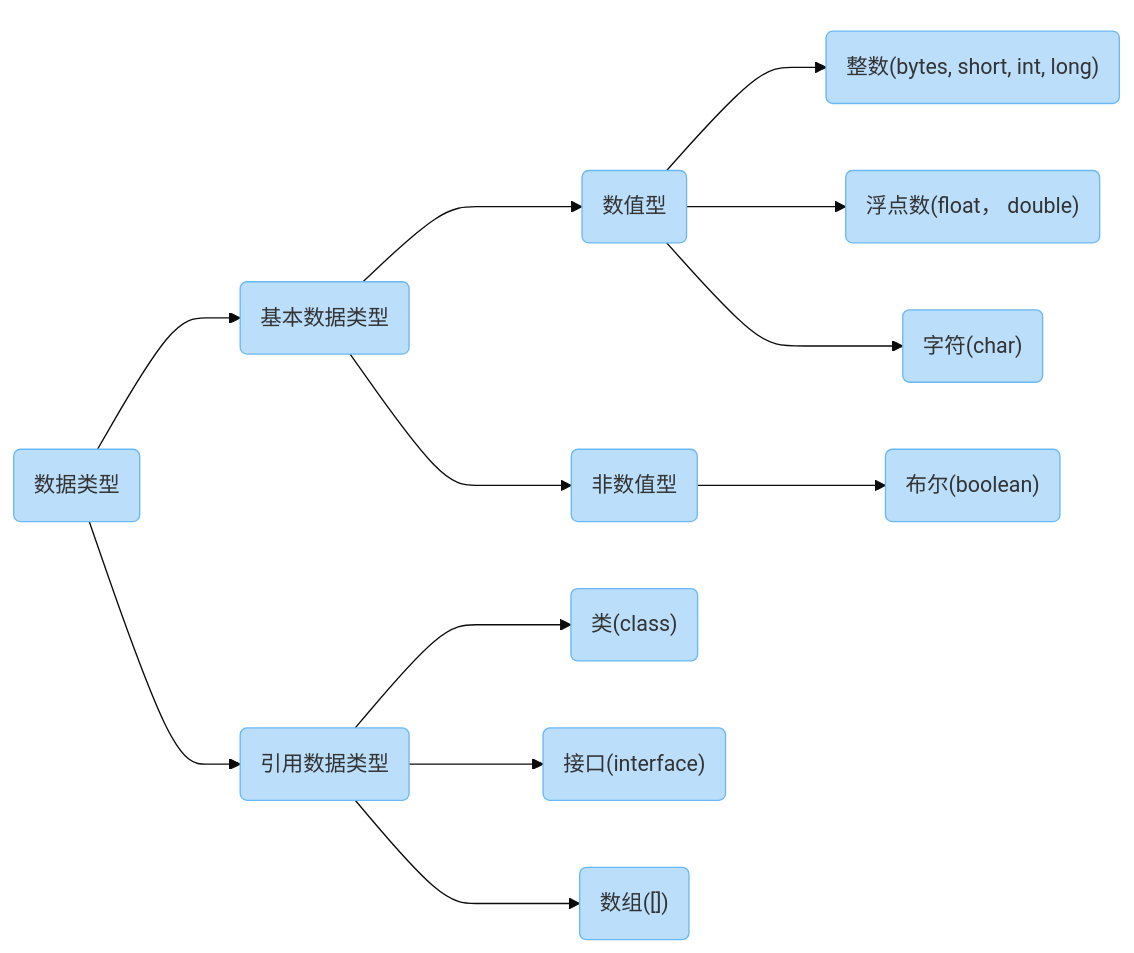
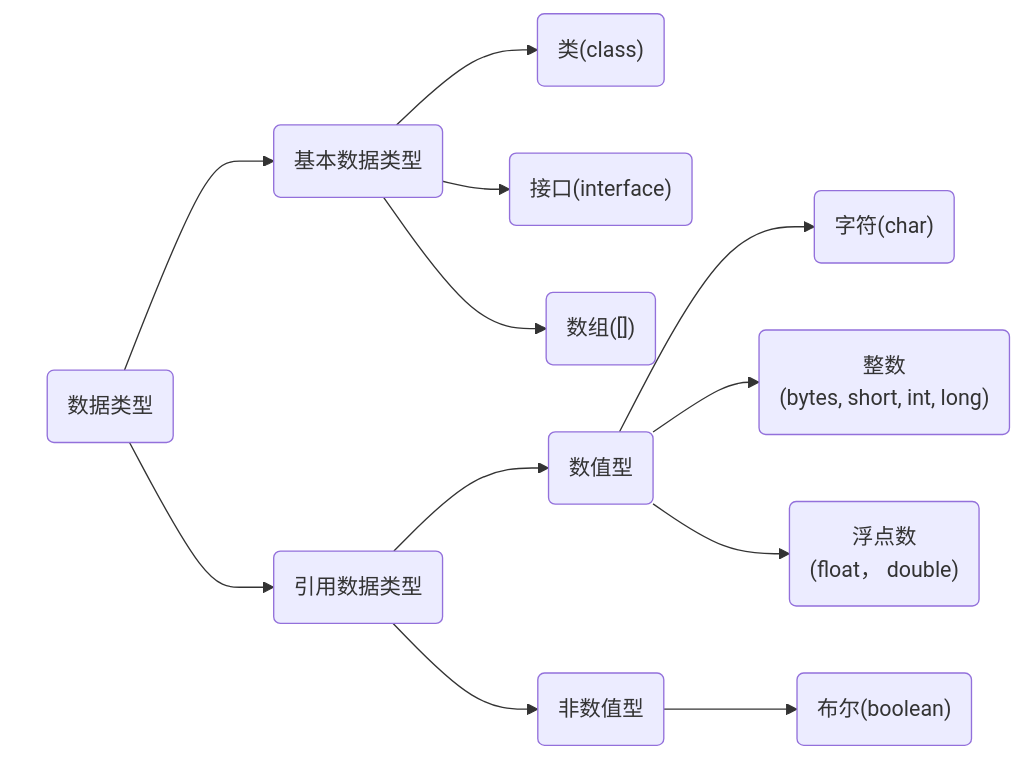
Before and after one commit to Reagan1947/vuepress-starter: the diagram in docs/JavaDocument/JavaBase/Base/数据类型.md, drawn with Mermaid. The commit also changed 15 other files, not shown here.

````diff
--- a/docs/JavaDocument/JavaBase/Base/数据类型.md
+++ b/docs/JavaDocument/JavaBase/Base/数据类型.md
@@ -21,35 +21,30 @@
 ```mermaid
-%%{init: {'theme': 'base', 'themeVariables': { 'primaryColor': '#bbdefb', 'primaryBorderColor' : '#69b8f7'}}}%%
 
 
 graph LR
-	INT("整数(bytes, short, int, long)")
-	FLOAT("浮点数(float， double)")
+	INT("整数<br>(bytes, short, int, long)")
+	FLOAT("浮点数<br>(float， double)")
 	CHAR("字符(char)")
 	BOOL("布尔(boolean)")
 	
 	CLASS("类(class)")
 	INTERFACE("接口(interface)")
 	ARRAY("数组([])")
 	
-	A("数据类型") --> B("基本数据类型") & C("引用数据类型")
+	A("数据类型") --> C("基本数据类型") & B("引用数据类型")
 	
 	B --> D("数值型") & E("非数值型")
 	
-	D --> INT & FLOAT & CHAR
+	D --> CHAR & INT & FLOAT
 	
 	E --> BOOL
 	
 	C --> CLASS & INTERFACE & ARRAY
 
-	subgraph F[" "]
-		C
-	end
-
 	subgraph G[" "]
-		D
+		A
 	end
 
 	classDef subGraph fill:#ffffff, stroke:#ffffff;
 	class F,G subGraph;
 ```
````
